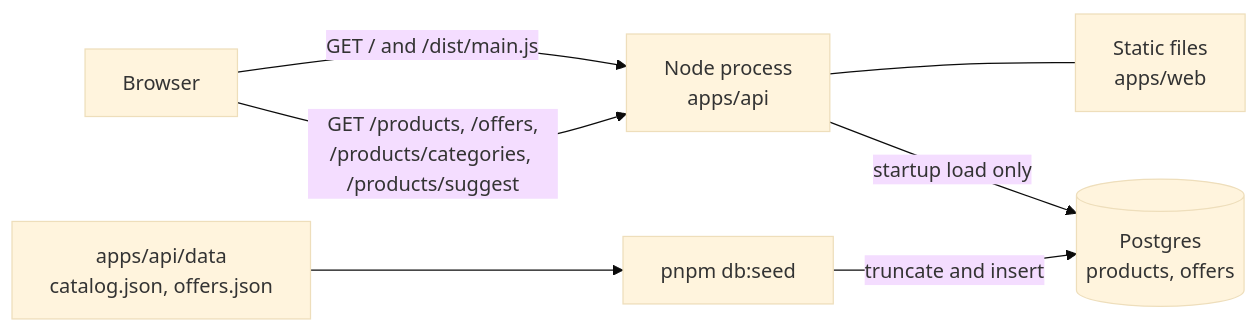
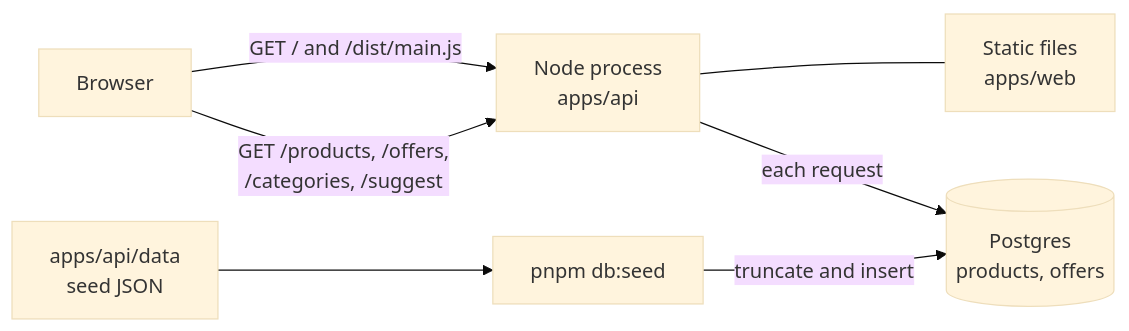
Before and after one commit to Karabo-Seipelo/MrD: the first of 3 diagrams in ARCHITECTURE.md, drawn with Mermaid (base theme). The commit also changed other lines of this file and 18 other files, not shown here.

First line of the commit message:
feat: implement request-time catalog and offers with environment configuration

````diff
--- a/ARCHITECTURE.md
+++ b/ARCHITECTURE.md
@@ -9,16 +9,16 @@
 ```mermaid
 flowchart LR
   browser["Browser"]
   api["Node process<br/>apps/api"]
   web["Static files<br/>apps/web"]
   db[("Postgres<br/>products, offers")]
-  json["apps/api/data<br/>catalog.json, offers.json"]
+  json["apps/api/data<br/>seed JSON"]
   seed["pnpm db:seed"]
 
   browser -->|"GET / and /dist/main.js"| api
-  browser -->|"GET /products, /offers,<br/>/products/categories, /products/suggest"| api
+  browser -->|"GET /products, /offers,<br/>/categories, /suggest"| api
   api --- web
-  api -->|"startup load only"| db
+  api -->|"each request"| db
   json --> seed
   seed -->|"truncate and insert"| db
 ```
````
